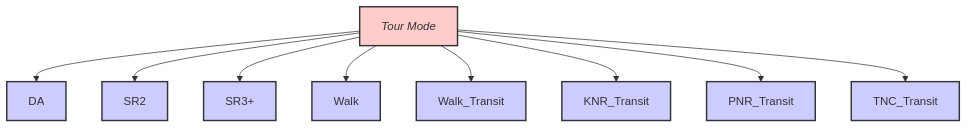
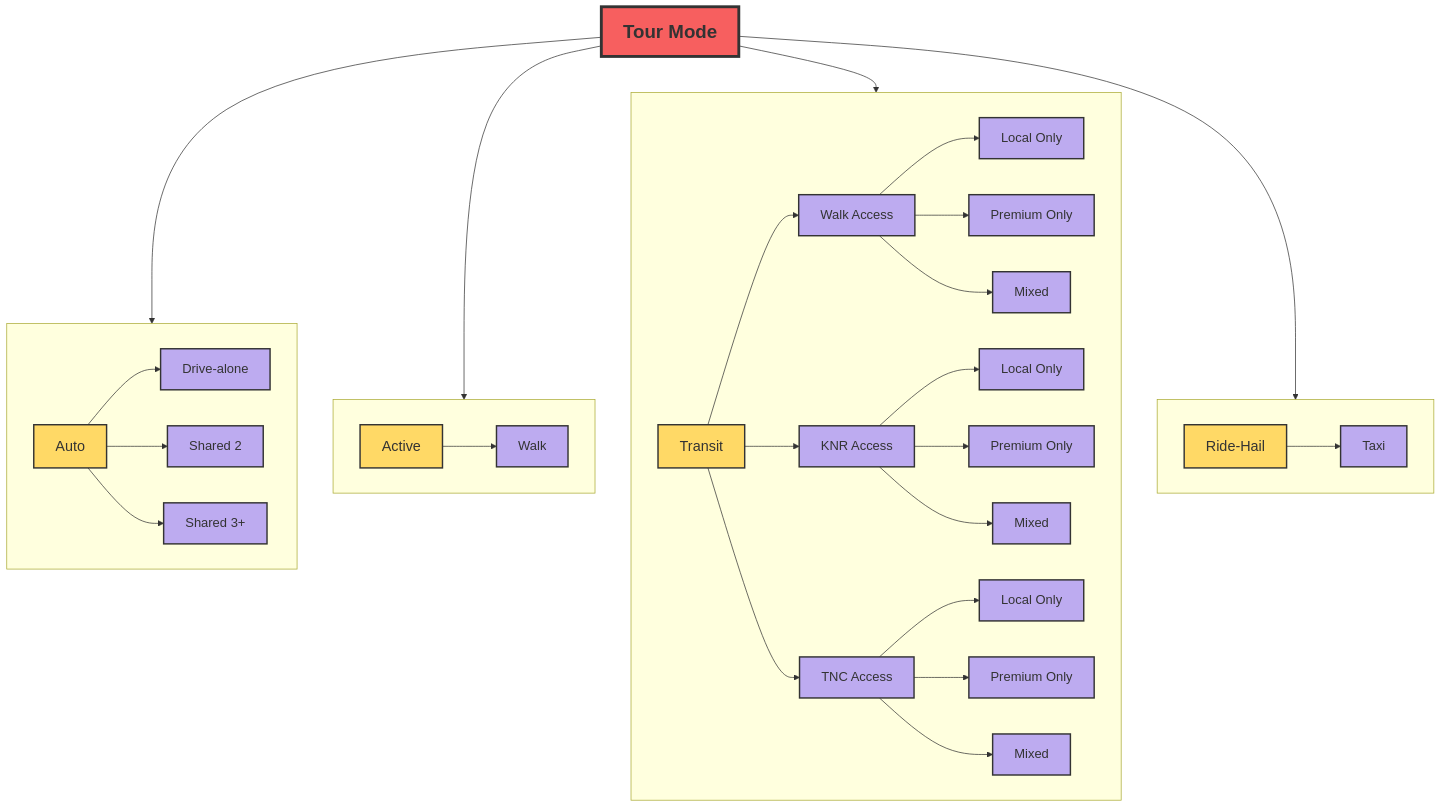
The third of 4 diagrams in docs/design.md (SANDAG/ABM), drawn with Mermaid before and after one commit. The commit also changed other lines of this file, not shown here.

Commit message:
Pretty flowchart

````diff
--- a/docs/design.md
+++ b/docs/design.md
@@ -209,21 +261,52 @@
 ```mermaid
-graph TD; 
-    A["`*Tour Mode*`"] --> B[DA];
-    A --> C[SR2];
-    A --> D[SR3+];
-    A --> E[Walk];
-    A --> H1[Walk_Transit];
-    A --> H2[KNR_Transit];
-    A --> H3[PNR_Transit];
-    A --> H4[TNC_Transit];
+flowchart TD
+    subgraph four
+    direction LR
+    E[Ride-Hail] --> E1[Taxi]
+    end
+    subgraph three
+    direction LR
+    D[Transit] --> D1[Walk Access]
+    %% D --> D2[PNR Access]
+    D --> D3[KNR Access]
+    D --> D4[TNC Access]
 
-    style A fill:#ffcccc,stroke:#333,stroke-width:2px;
-    style B fill:#ccccff,stroke:#333,stroke-width:2px;
-    style C fill:#ccccff,stroke:#333,stroke-width:2px;
-    style D fill:#ccccff,stroke:#333,stroke-width:2px;
-    style E fill:#ccccff,stroke:#333,stroke-width:2px;
-    style H1 fill:#ccccff,stroke:#333,stroke-width:2px;
-    style H2 fill:#ccccff,stroke:#333,stroke-width:2px;
-    style H3 fill:#ccccff,stroke:#333,stroke-width:2px;
-    style H4 fill:#ccccff,stroke:#333,stroke-width:2px;
+    D1 --> D11[Local Only]
+    D1 --> D12[Premium Only]
+    D1 --> D13[Mixed]
+
+    D3 --> D31[Local Only]
+    D3 --> D32[Premium Only]
+    D3 --> D33[Mixed]
+
+    D4 --> D41[Local Only]
+    D4 --> D42[Premium Only]
+    D4 --> D43[Mixed]
+    end
+    subgraph two
+    direction LR
+    C[Active] --> C1[Walk]
+    end
+
+    subgraph one
+    direction LR
+    B[Auto] --> B1[Drive-alone];
+    B --> B2[Shared 2];
+    B --> B3[Shared 3+];
+    end
+    A[Tour Mode] --> one;
+    A --> two;
+    A --> three;
+    A --> four;
+
+    classDef group1 fill:#f75f5f,stroke:#333,stroke-width:4px,font-size:26px,font-weight:bold;
+    classDef group2 fill:#ffd966,stroke:#333,stroke-width:2px,font-size:20px;
+    classDef group3 fill:#bdabf0,stroke:#333,stroke-width:2px,font-size:18px;
+
+    classDef hiddenTitle color:transparent;
+    class one,two,three,four hiddenTitle;
+
+    class A group1;
+    class B,C,D,E group2;
+    class B1,B2,B3,C1,C2,C3,C4,D1,D2,D3,D4,E1,E2,E3,D11,D12,D13,D21,D22,D23,D31,D32,D33,D41,D42,D43 group3;
 ```
````
